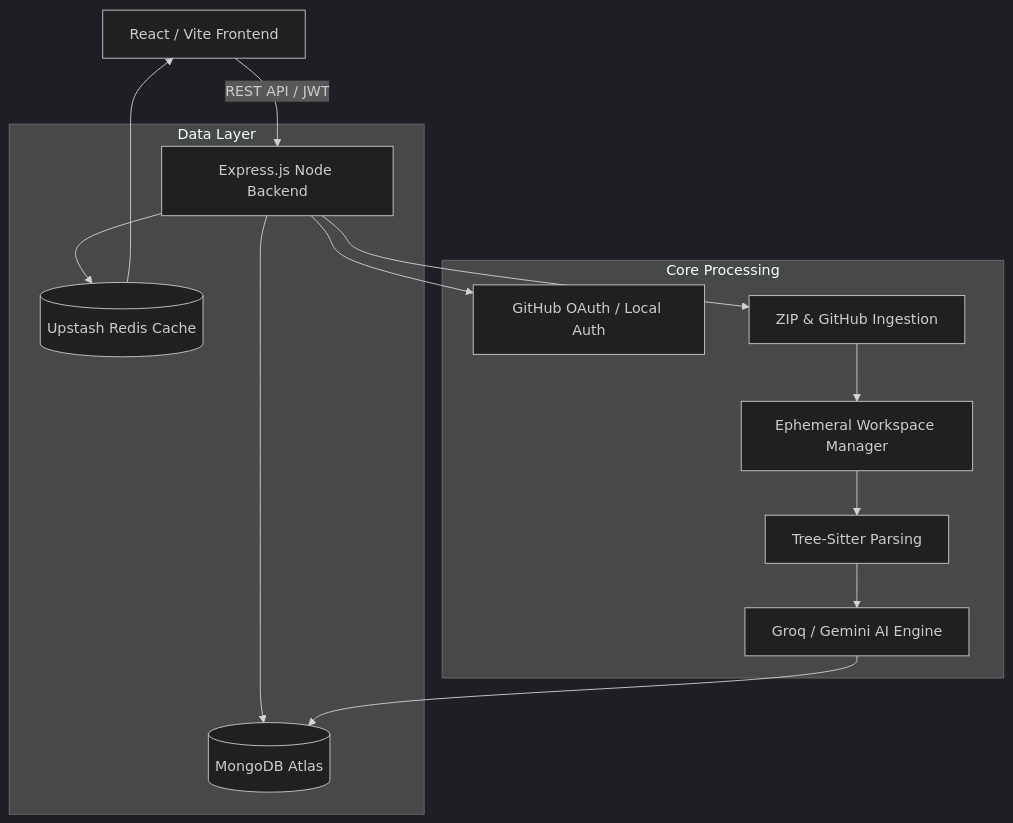
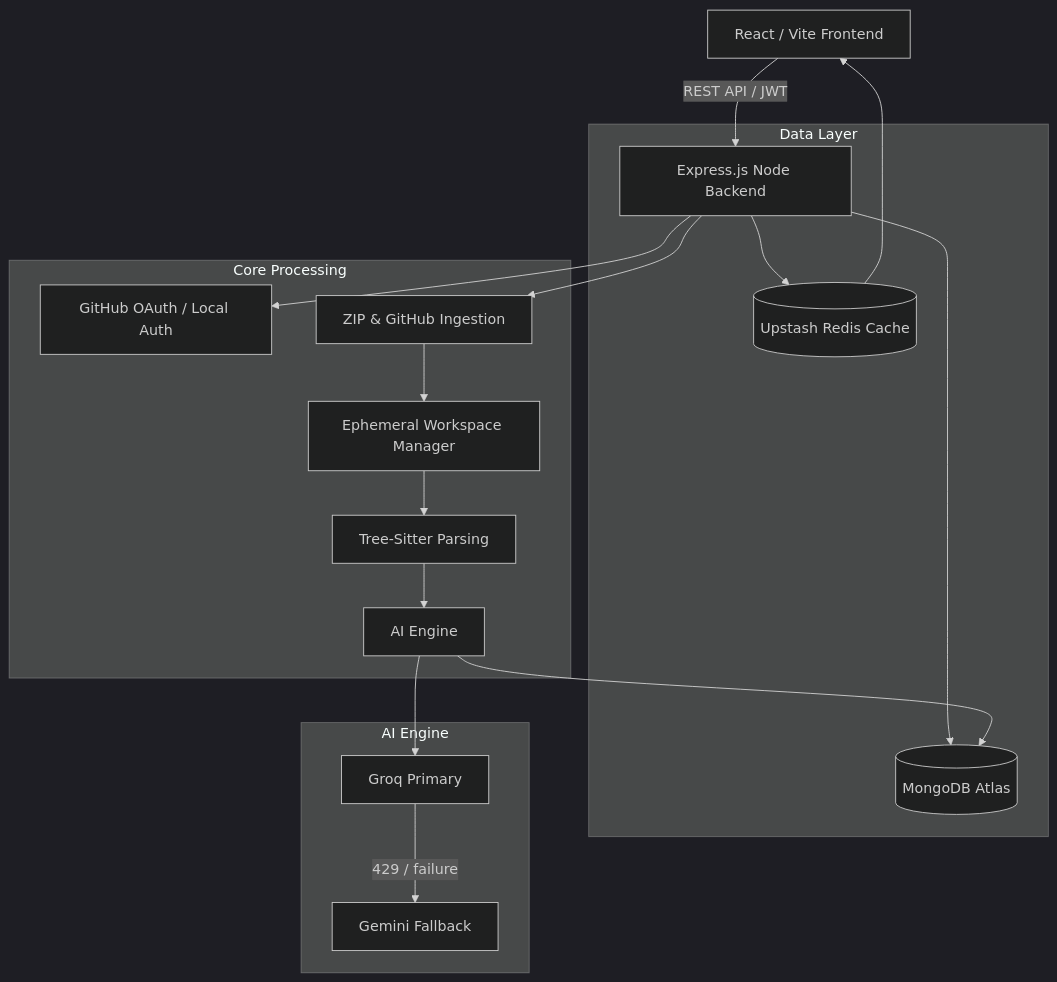
The first of 2 diagrams in README.md (Abhirock73/AI_CODE_REVIEW), drawn with Mermaid (dark theme) before and after one commit. The commit also changed other lines of this file, not shown here.

Commit message:
docs: rewrite README to reflect dual-provider AI engine, Gemini fallback, and updated models

````diff
--- a/README.md
+++ b/README.md
@@ -67,20 +70,25 @@
 ```mermaid
 graph TD
     Client[React / Vite Frontend] -->|REST API / JWT| Backend[Express.js Node Backend]
-    
+
     subgraph Data Layer
         Backend --> Cache[(Upstash Redis Cache)]
         Backend --> DB[(MongoDB Atlas)]
     end
-    
+
     subgraph Core Processing
         Backend --> Auth[GitHub OAuth / Local Auth]
         Backend --> RepoIngest[ZIP & GitHub Ingestion]
         RepoIngest --> Workspace[Ephemeral Workspace Manager]
         Workspace --> Parser[Tree-Sitter Parsing]
-        Parser --> AI[Groq / Gemini AI Engine]
+        Parser --> LLM[AI Engine]
     end
-    
-    AI --> DB
+
+    subgraph AI Engine
+        LLM --> Groq[Groq Primary]
+        Groq -- 429 / failure --> Gemini[Gemini Fallback]
+    end
+
+    LLM --> DB
     Cache --> Client
 ```
````
